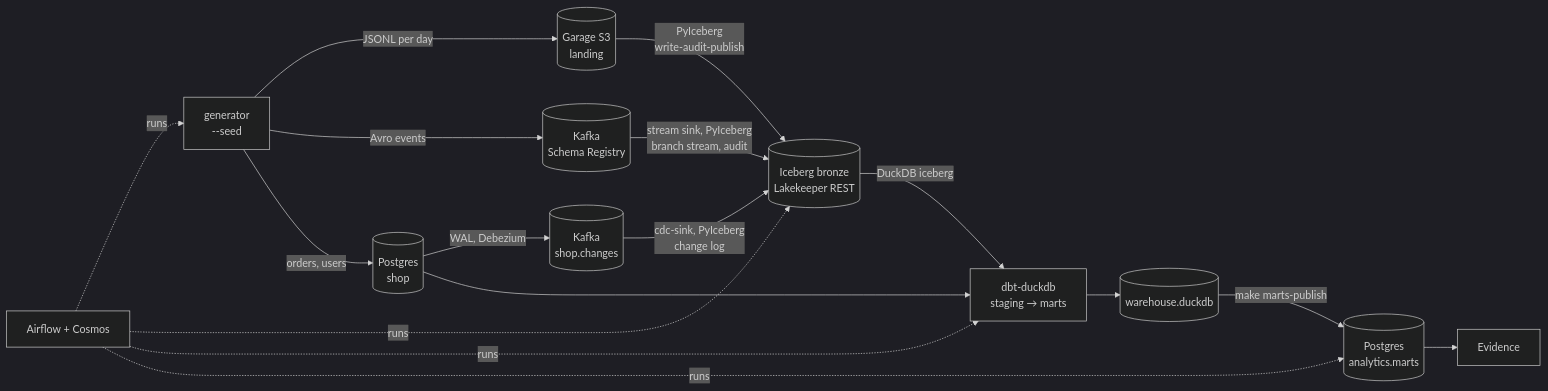
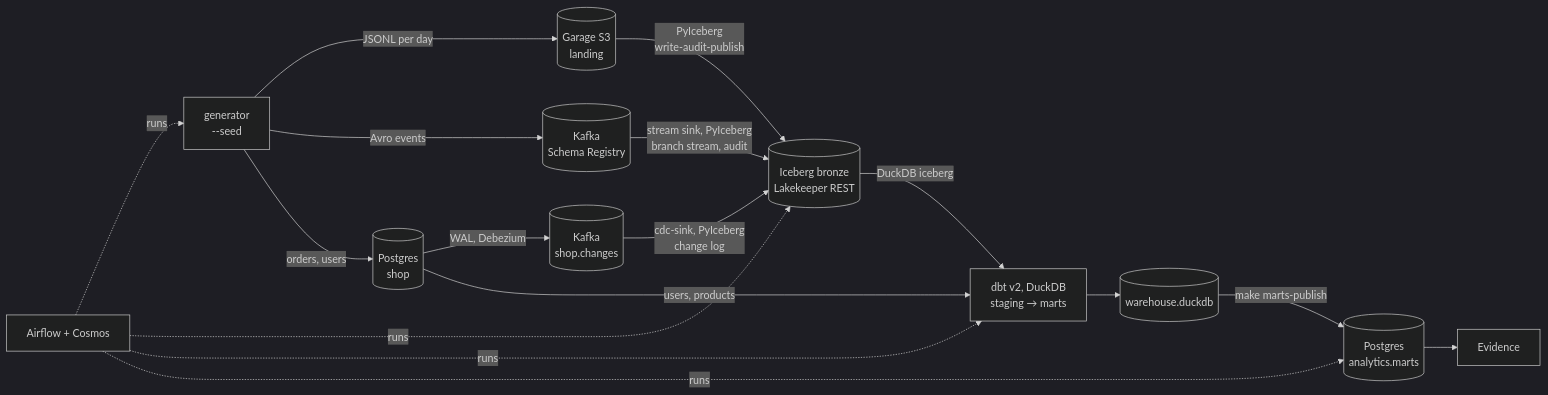
Before and after one commit to jjabuk/clickstream-lakehouse: the diagram in README.md, drawn with Mermaid (dark theme). The commit also changed other lines of this file and 10 other files, not shown here.

````diff
--- a/README.md
+++ b/README.md
@@ -13,16 +63,16 @@
 ```mermaid
 flowchart LR
   gen[generator<br/>--seed] -->|JSONL per day| s3[(Garage S3<br/>landing)]
   gen -->|Avro events| kafka[(Kafka<br/>Schema Registry)]
   gen -->|orders, users| shop[(Postgres<br/>shop)]
   shop -->|WAL, Debezium| cdc[(Kafka<br/>shop.changes)]
   cdc -->|cdc-sink, PyIceberg<br/>change log| bronze
   s3 -->|PyIceberg<br/>write-audit-publish| bronze[(Iceberg bronze<br/>Lakekeeper REST)]
   kafka -->|stream sink, PyIceberg<br/>branch stream, audit| bronze
-  bronze -->|DuckDB iceberg| dbt[dbt-duckdb<br/>staging → marts]
-  shop --> dbt
+  bronze -->|DuckDB iceberg| dbt[dbt v2, DuckDB<br/>staging → marts]
+  shop -->|users, products| dbt
   dbt --> wh[(warehouse.duckdb)]
   wh -->|make marts-publish| pg[(Postgres<br/>analytics.marts)]
   pg --> ev[Evidence]
   af[Airflow + Cosmos] -.runs.-> gen & bronze & dbt & pg
 ```
````
